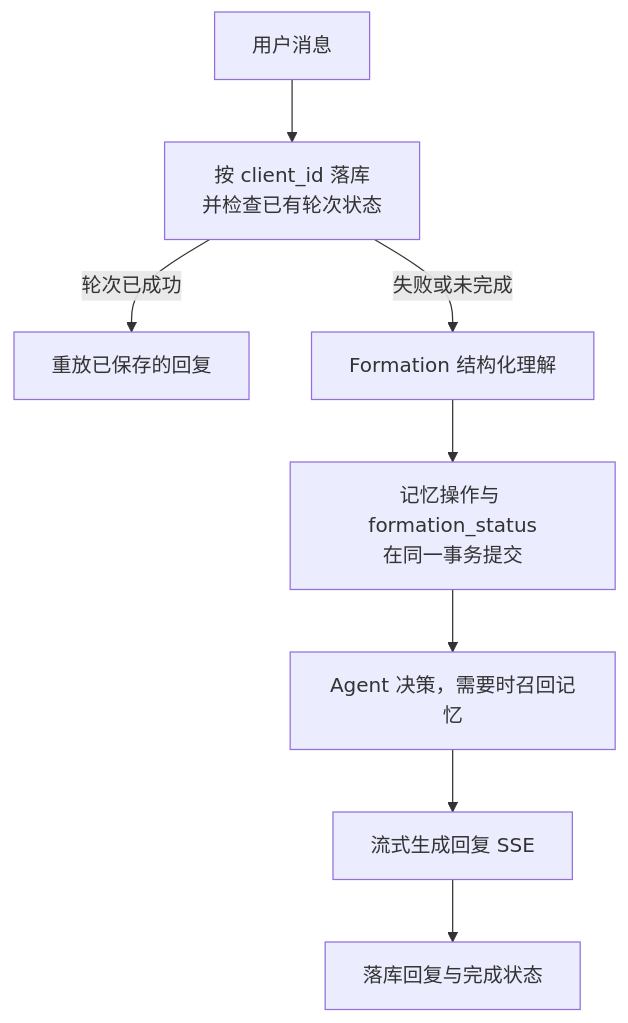
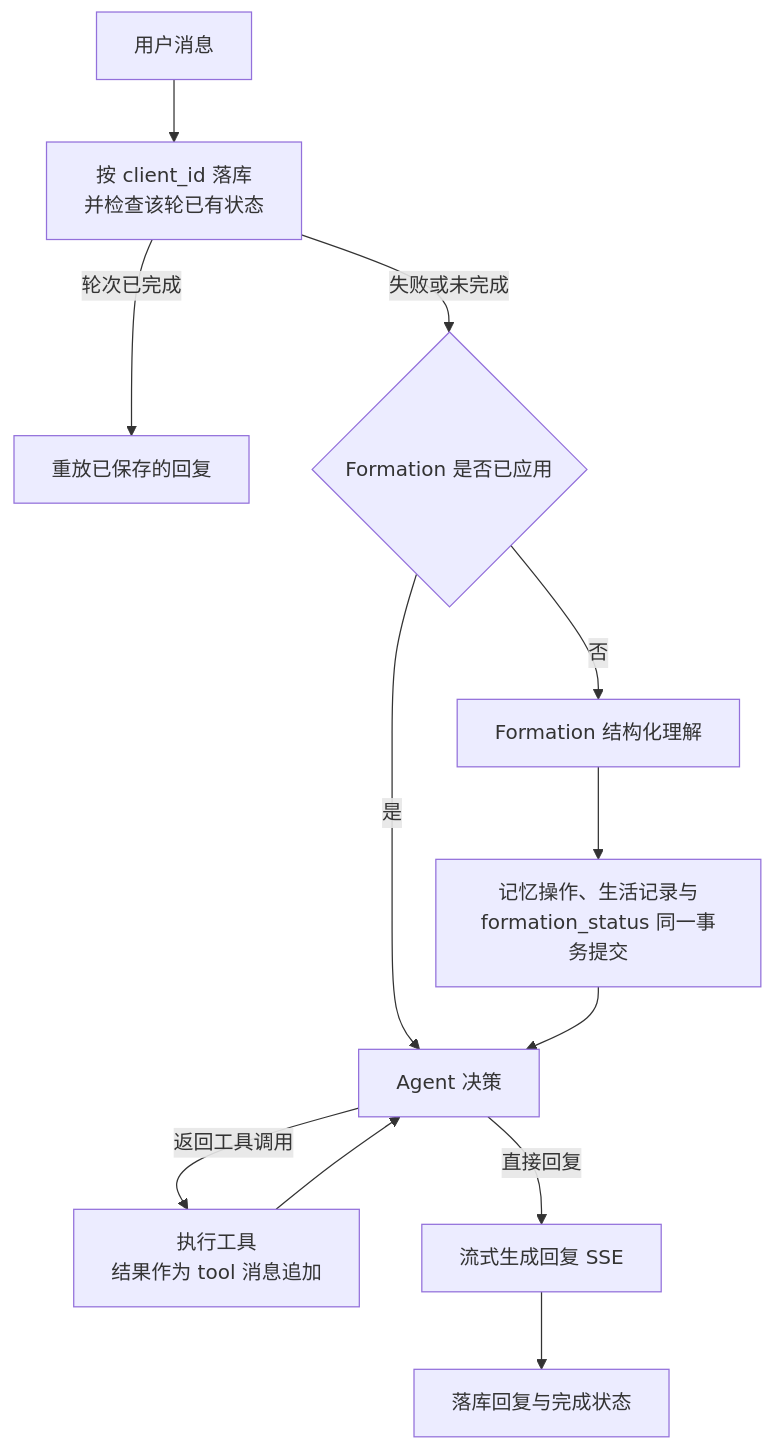
The diagram in README.md (Xoyeir/Memora), drawn with Mermaid before and after one commit. The commit also changed other lines of this file and 59 other files, not shown here.

````diff
--- a/README.md
+++ b/README.md
@@ -35,10 +45,14 @@
 ```mermaid
 flowchart TD
-    A[用户消息] --> B[按 client_id 落库<br>并检查已有轮次状态]
-    B -->|轮次已成功| R[重放已保存的回复]
-    B -->|失败或未完成| C[Formation 结构化理解]
-    C --> M[记忆操作与 formation_status<br>在同一事务提交]
-    M --> D[Agent 决策，需要时召回记忆]
-    D --> E[流式生成回复 SSE]
-    E --> F[落库回复与完成状态]
+    A[用户消息] --> B[按 client_id 落库<br>并检查该轮已有状态]
+    B -->|轮次已完成| R[重放已保存的回复]
+    B -->|失败或未完成| C{Formation 是否已应用}
+    C -->|否| F[Formation 结构化理解]
+    F --> M[记忆操作、生活记录与<br>formation_status 同一事务提交]
+    C -->|是| D[Agent 决策]
+    M --> D
+    D -->|返回工具调用| T[执行工具<br>结果作为 tool 消息追加]
+    T --> D
+    D -->|直接回复| E[流式生成回复 SSE]
+    E --> S[落库回复与完成状态]
 ```
````
